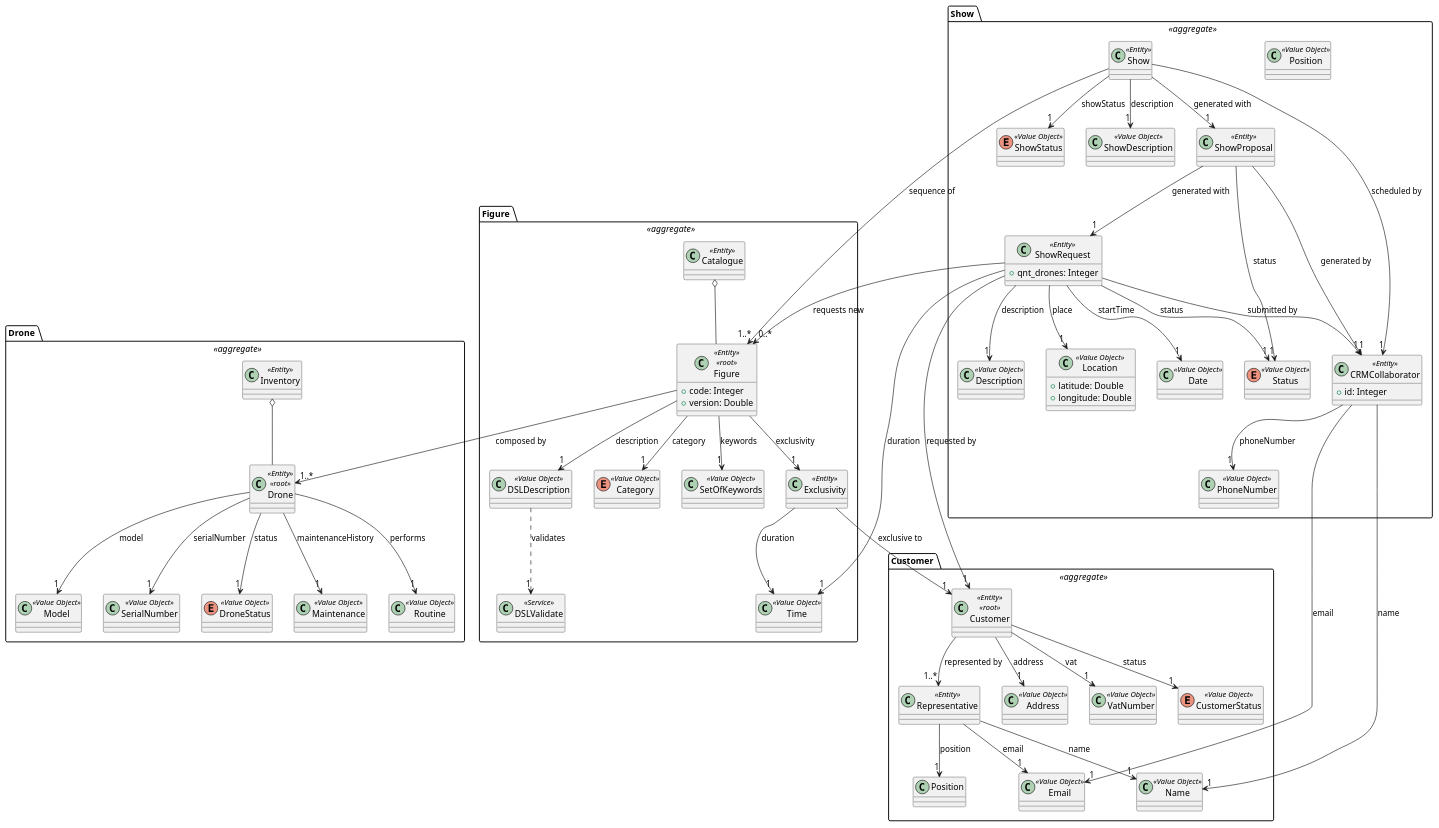
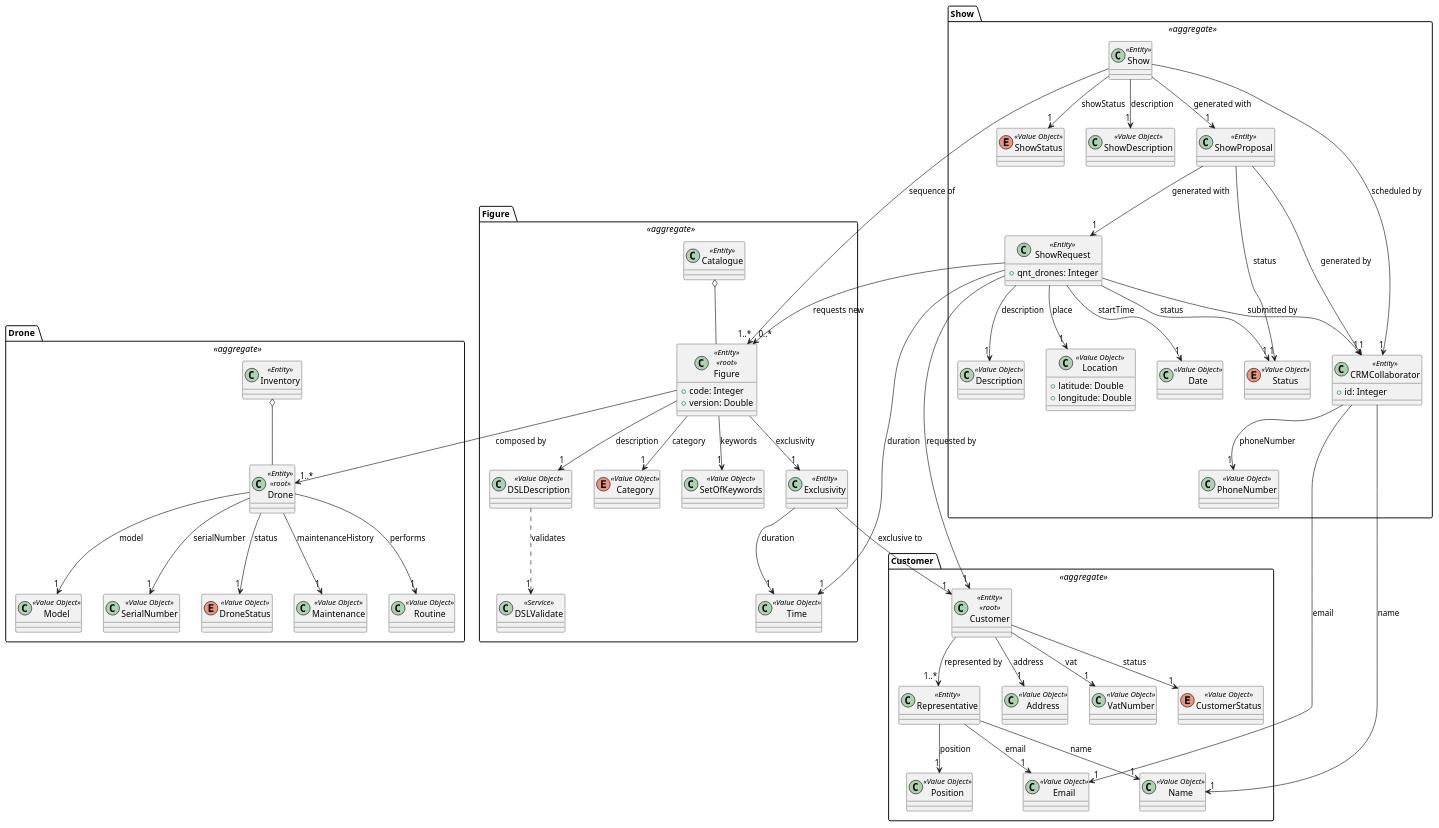
One commit to diogoveirospro/sem4pi-2024-2025-sem4pi_2024_2025_g44 changed the diagram in docs/global_artifacts/analysis/puml/domain_model.puml. Above: the diagram before and after it, drawn with PlantUML. The commit also changed 8 other files, not shown here.

```diff
--- a/docs/global_artifacts/analysis/puml/domain_model.puml
+++ b/docs/global_artifacts/analysis/puml/domain_model.puml
@@ -1,189 +1,190 @@
 @startuml
 
 package "Customer " <<aggregate>> {
     class Customer <<Entity>> <<root>>{
     }
 
     class Representative <<Entity>>{
     }
 
     class Address <<Value Object>>{
     }
 
     class VatNumber <<Value Object>>{
     }
 
     class Name <<Value Object>>{
     }
 
     class Email <<Value Object>>{
     }
 
     enum CustomerStatus <<Value Object>>{
+    }
+
+    class Position <<Value Object>>{
     }
 
     'Customer -> x
     Customer  --> "1..*" Representative : represented by
     Customer --> "1" VatNumber : vat
     Customer --> "1" Address : address
     Customer --> "1" CustomerStatus : status
 
     'Representative -> x
     Representative --> "1" Name : name
     Representative --> "1" Email : email
     Representative --> "1" Position : position
 
 }
 
 package "Drone " <<aggregate>> {
 
     class Inventory <<Entity>>{
     }
 
     class Drone <<Entity>> <<root>>{
     }
 
     class Model <<Value Object>>{
     }
 
     class SerialNumber <<Value Object>>{
     }
 
     enum DroneStatus <<Value Object>>{
     }
 
     class Maintenance <<Value Object>>{
     }
 
     class Routine <<Value Object>>{
     }
 
     'Drone -> x
     Drone --> "1" Routine: performs
     Drone --> "1" DroneStatus: status
     Drone --> "1" Model: model
     Drone --> "1" SerialNumber: serialNumber
     Drone --> "1" Maintenance: maintenanceHistory
 
     'Inventory -> x
     Inventory o-- Drone
 }
 
 package "Figure " <<aggregate>> {
 
     class Figure <<Entity>> <<root>>{
         + code: Integer
         + version: Double
     }
 
     class DSLDescription <<Value Object>>{
     }
 
     enum Category <<Value Object>>{
     }
 
     class SetOfKeywords <<Value Object>>{
     }
 
     class Exclusivity <<Entity>>{
     }
 
     class Catalogue <<Entity>>{
     }
 
     class DSLValidate <<Service>>{
     }
 
     class Time <<Value Object>>{
     }
 
 
     'Figure -> x
     Figure --> "1..*" Drone: composed by
     Figure --> "1" DSLDescription: description
     Figure --> "1" Category: category
     Figure --> "1" SetOfKeywords: keywords
     Figure --> "1" Exclusivity: exclusivity
 
     'DSLDescription -> x
     DSLDescription ..> "1" DSLValidate: validates
 
     'Catalogue -> x
     Catalogue o-- Figure
+
+    'Exclusivity -> x
+    Exclusivity --> "1" Time: duration
+    Exclusivity --> "1" Customer: exclusive to
 }
 
 package "Show " <<aggregate>>{
 
     class PhoneNumber <<Value Object>>{
     }
+
     class Date <<Value Object>>{
-    }
-
-    class Position <<Value Object>>{
     }
 
     class Description <<Value Object>>{
     }
 
     enum ShowStatus <<Value Object>>{
     }
 
     class Location <<Value Object>>{
         + latitude: Double
         + longitude: Double
     }
 
     enum Status <<Value Object>>{
     }
 
     class ShowDescription <<Value Object>>{
     }
 
     class CRMCollaborator <<Entity>>{
         + id: Integer
     }
 
     class Show <<Entity>>{
     }
 
     class ShowRequest <<Entity>>{
         + qnt_drones: Integer
     }
 
     class ShowProposal <<Entity>>{
     }
 
     'ShowRequest -> x
     ShowRequest --> "0..*" Figure : requests new
     ShowRequest --> "1" Date : startTime
     ShowRequest --> "1" Time : duration
     ShowRequest --> "1" Description : description
     ShowRequest --> "1" CRMCollaborator : submitted by
     ShowRequest --> "1" Customer: requested by
     ShowRequest --> "1" Location: place
     ShowRequest --> "1" Status: status
 
     'Show -> x
     Show --> "1..*" Figure: sequence of
     Show --> "1" ShowStatus: showStatus
     Show --> "1" ShowDescription: description
     Show --> "1" ShowProposal: generated with
     Show --> "1" CRMCollaborator : scheduled by
 
     'ShowProposal -> x
     ShowProposal --> "1" CRMCollaborator: generated by
     ShowProposal --> "1" ShowRequest: generated with
     ShowProposal --> "1" Status: status
 
     'CRM Collaborator -> x
     CRMCollaborator --> "1" Name: name
     CRMCollaborator --> "1" Email: email
     CRMCollaborator --> "1" PhoneNumber: phoneNumber
 
-    'Exclusivity -> x
-    Exclusivity --> "1" Time: duration
-    Exclusivity --> "1" Customer: exclusive to
-
 }
 
 @enduml
```
